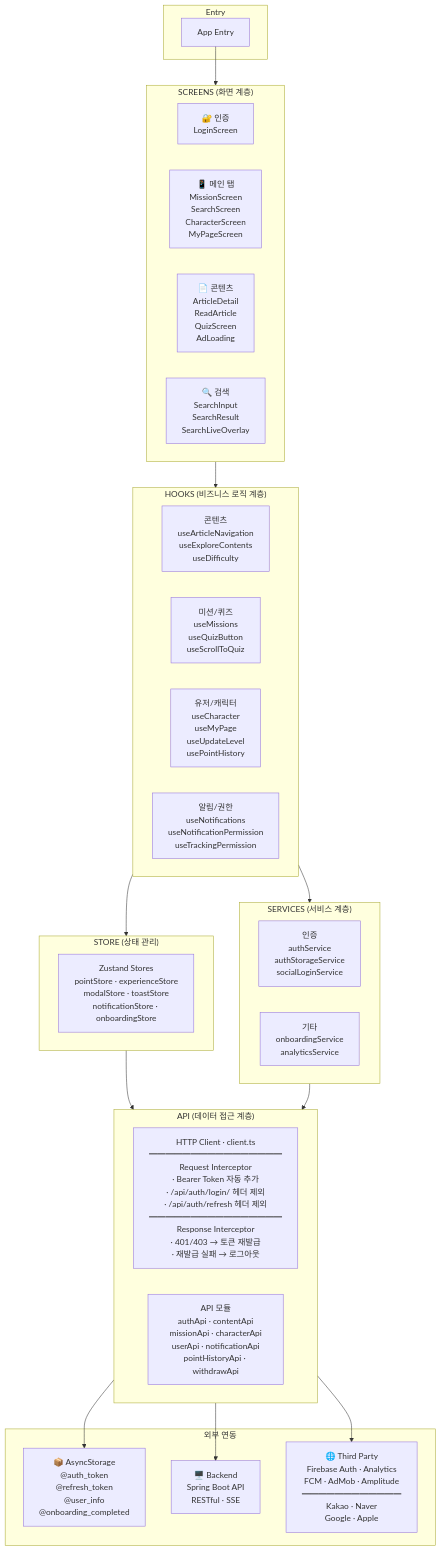
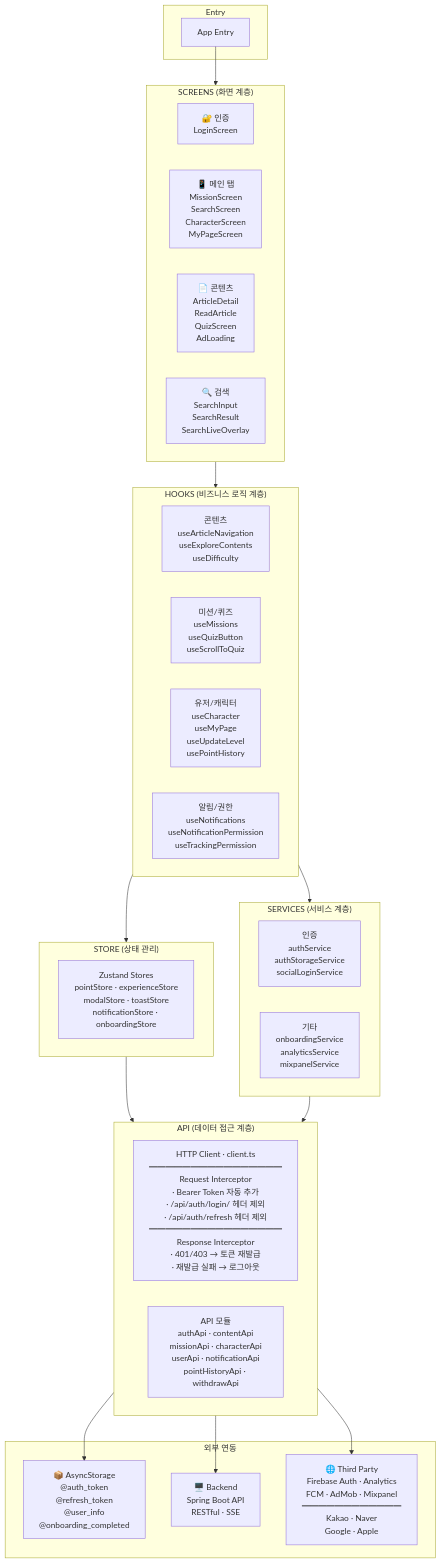
Before and after one commit to Gahyun-313/neurous-client: the first of 7 diagrams in docs/ARCHITECTURE.md, drawn with Mermaid. The commit also changed other lines of this file and 3 other files, not shown here.

Commit message:
docs(analytics): Mixpanel 반영 및 위클리 출석 플로우 문서화 (#83)

````diff
--- a/docs/ARCHITECTURE.md
+++ b/docs/ARCHITECTURE.md
@@ -5,52 +5,52 @@
 ```mermaid
 graph TB
     subgraph Entry
         App[App Entry]
     end
 
     subgraph Screens["SCREENS (화면 계층)"]
         direction LR
         Auth["🔐 인증<br/>LoginScreen"]
         MainTab["📱 메인 탭<br/>MissionScreen<br/>SearchScreen<br/>CharacterScreen<br/>MyPageScreen"]
         Content["📄 콘텐츠<br/>ArticleDetail<br/>ReadArticle<br/>QuizScreen<br/>AdLoading"]
         Search["🔍 검색<br/>SearchInput<br/>SearchResult<br/>SearchLiveOverlay"]
     end
 
     subgraph Hooks["HOOKS (비즈니스 로직 계층)"]
         direction LR
         HookContent["콘텐츠<br/>useArticleNavigation<br/>useExploreContents<br/>useDifficulty"]
         HookMission["미션/퀴즈<br/>useMissions<br/>useQuizButton<br/>useScrollToQuiz"]
         HookUser["유저/캐릭터<br/>useCharacter<br/>useMyPage<br/>useUpdateLevel<br/>usePointHistory"]
         HookNotif["알림/권한<br/>useNotifications<br/>useNotificationPermission<br/>useTrackingPermission"]
     end
 
     subgraph StoreLayer["STORE (상태 관리)"]
         Stores["Zustand Stores<br/>pointStore · experienceStore<br/>modalStore · toastStore<br/>notificationStore · onboardingStore"]
     end
 
     subgraph ServiceLayer["SERVICES (서비스 계층)"]
         AuthSvc["인증<br/>authService<br/>authStorageService<br/>socialLoginService"]
-        EtcSvc["기타<br/>onboardingService<br/>analyticsService"]
+        EtcSvc["기타<br/>onboardingService<br/>analyticsService<br/>mixpanelService"]
     end
 
     subgraph APILayer["API (데이터 접근 계층)"]
         Client["HTTP Client · client.ts<br/>━━━━━━━━━━━━━━━━<br/>Request Interceptor<br/>· Bearer Token 자동 추가<br/>· /api/auth/login/ 헤더 제외<br/>· /api/auth/refresh 헤더 제외<br/>━━━━━━━━━━━━━━━━<br/>Response Interceptor<br/>· 401/403 → 토큰 재발급<br/>· 재발급 실패 → 로그아웃"]
         APIMod["API 모듈<br/>authApi · contentApi<br/>missionApi · characterApi<br/>userApi · notificationApi<br/>pointHistoryApi · withdrawApi"]
     end
 
     subgraph External["외부 연동"]
         Storage["📦 AsyncStorage<br/>@auth_token<br/>@refresh_token<br/>@user_info<br/>@onboarding_completed"]
         Backend["🖥️ Backend<br/>Spring Boot API<br/>RESTful · SSE"]
-        ThirdParty["🌐 Third Party<br/>Firebase Auth · Analytics<br/>FCM · AdMob · Amplitude<br/>━━━━━━━━━━━━<br/>Kakao · Naver<br/>Google · Apple"]
+        ThirdParty["🌐 Third Party<br/>Firebase Auth · Analytics<br/>FCM · AdMob · Mixpanel<br/>━━━━━━━━━━━━<br/>Kakao · Naver<br/>Google · Apple"]
     end
 
     App --> Screens
     Screens --> Hooks
     Hooks --> StoreLayer
     Hooks --> ServiceLayer
     StoreLayer --> APILayer
     ServiceLayer --> APILayer
     APILayer --> Storage
     APILayer --> Backend
     APILayer --> ThirdParty
 ```
````
